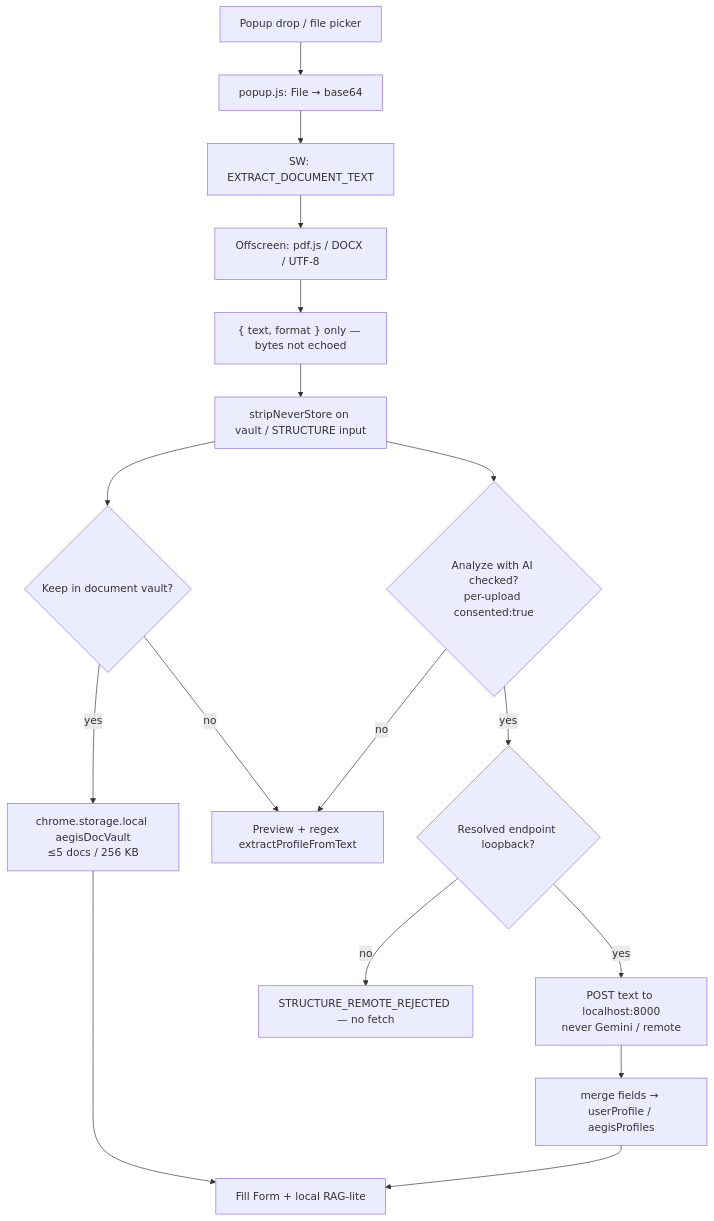
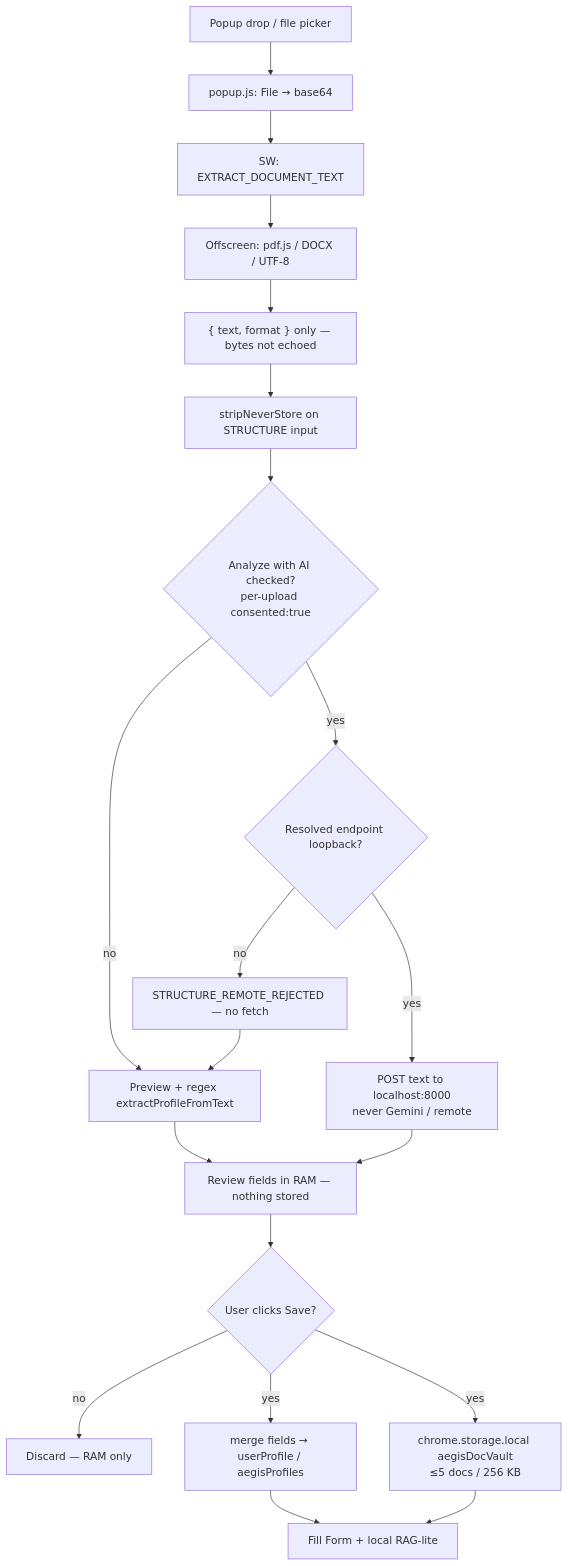
The first of 2 diagrams in docs/PROFILE_FILL_ARCHITECTURE.md (MrEGAMERZ/AEGIS), drawn with Mermaid before and after one commit. The commit also changed other lines of this file and 16 other files, not shown here.

First line of the commit message:
Keep document extract in RAM until Save, and ship the README story.

````diff
--- a/docs/PROFILE_FILL_ARCHITECTURE.md
+++ b/docs/PROFILE_FILL_ARCHITECTURE.md
@@ -29,19 +29,22 @@
 ```mermaid
 flowchart TD
   A["Popup drop / file picker"] --> B["popup.js: File → base64"]
   B --> C["SW: EXTRACT_DOCUMENT_TEXT"]
   C --> D["Offscreen: pdf.js / DOCX / UTF-8"]
   D --> E["{ text, format } only — bytes not echoed"]
-  E --> F["stripNeverStore on vault / STRUCTURE input"]
-  F --> G{"Keep in document vault?"}
-  G -->|yes| H["chrome.storage.local aegisDocVault\n≤5 docs / 256 KB"]
-  G -->|no| I["Preview + regex extractProfileFromText"]
+  E --> F["stripNeverStore on STRUCTURE input"]
   F --> J{"Analyze with AI checked?\nper-upload consented:true"}
-  J -->|no| I
+  J -->|no| I["Preview + regex extractProfileFromText"]
   J -->|yes| K{"Resolved endpoint loopback?"}
   K -->|no| L["STRUCTURE_REMOTE_REJECTED — no fetch"]
   K -->|yes| M["POST text to localhost:8000\nnever Gemini / remote"]
-  M --> N["merge fields → userProfile / aegisProfiles"]
+  L --> I
+  M --> P["Review fields in RAM — nothing stored"]
+  I --> P
+  P --> Q{"User clicks Save?"}
+  Q -->|no| R["Discard — RAM only"]
+  Q -->|yes| N["merge fields → userProfile / aegisProfiles"]
+  Q -->|yes| H["chrome.storage.local aegisDocVault\n≤5 docs / 256 KB"]
   H --> O["Fill Form + local RAG-lite"]
   N --> O
 ```
````
